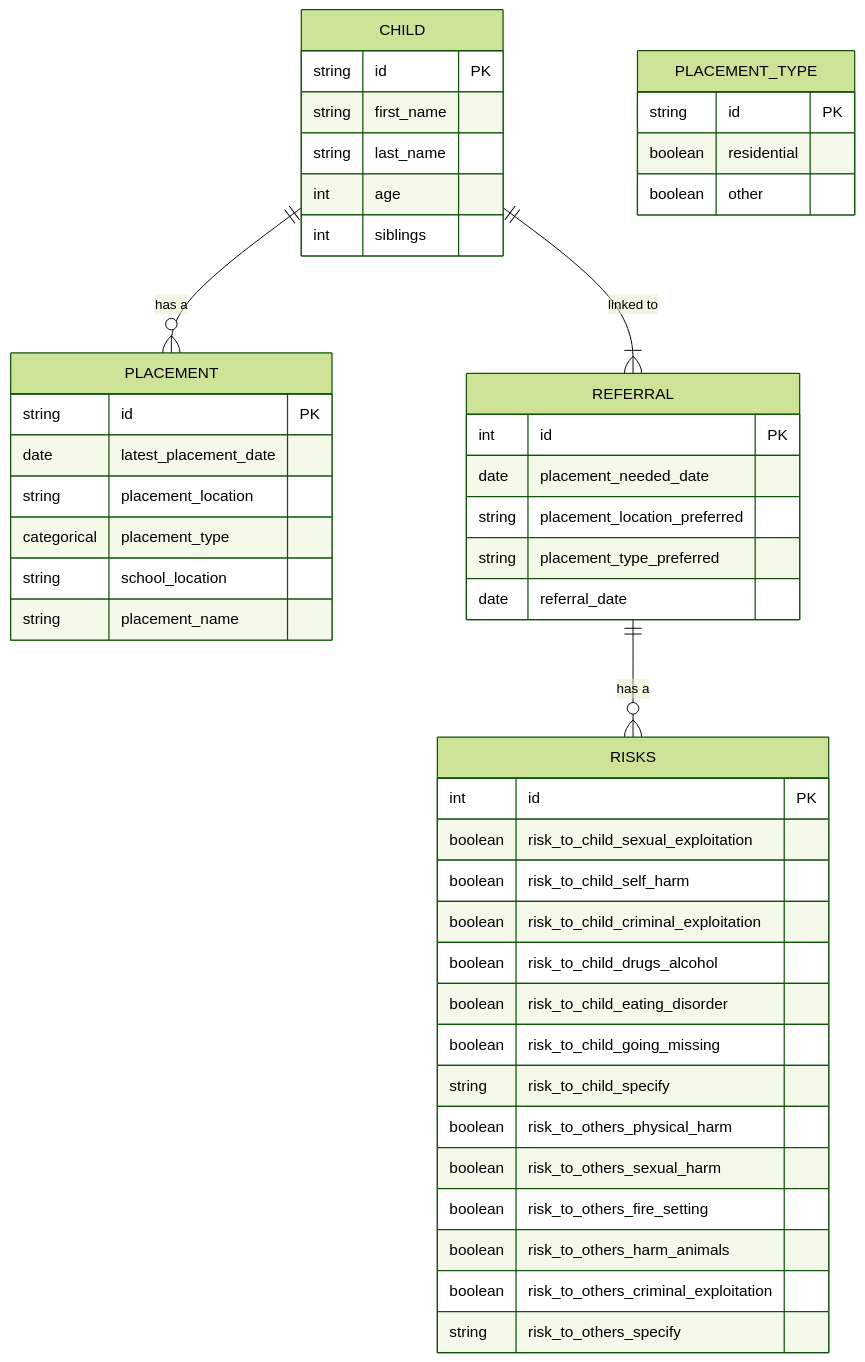
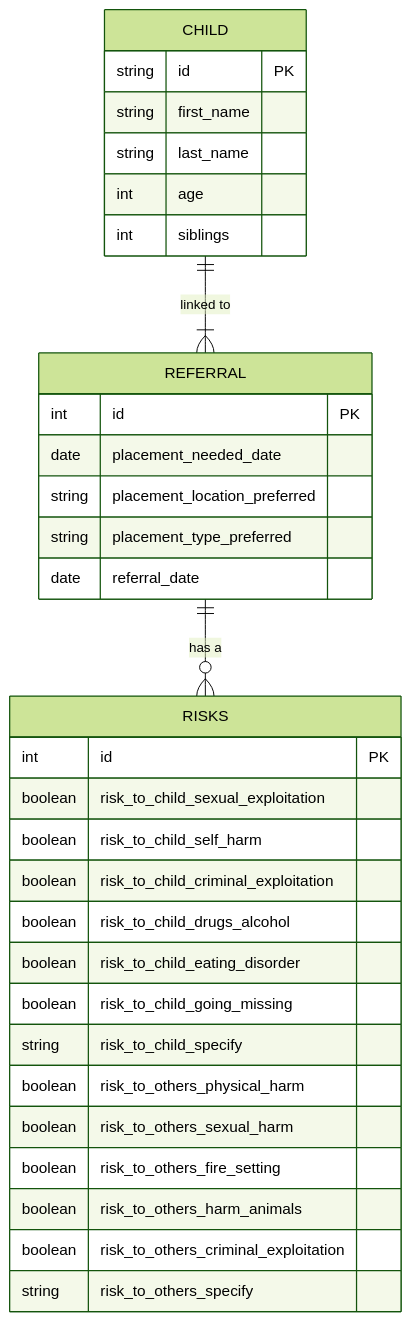
The diagram in placement_data_collection.md (SocialFinanceDigitalLabs/sw-sufficiency-model), drawn with Mermaid (forest theme) before and after one commit.

````diff
--- a/placement_data_collection.md
+++ b/placement_data_collection.md
@@ -3,49 +3,35 @@
 ```mermaid
 erDiagram
-    CHILD ||--o{ PLACEMENT : "has a"
     CHILD ||--|{ REFERRAL : "linked to"
     REFERRAL ||--o{ RISKS : "has a"
     CHILD {
         string id PK
         string first_name
         string last_name
         int age
         int siblings
-    }
-    PLACEMENT {
-        string id PK
-        date latest_placement_date
-        string placement_location
-        categorical placement_type
-        string school_location
-        string placement_name
-    }
-    PLACEMENT_TYPE {
-        string id PK
-        boolean residential
-        boolean other    
     }
     REFERRAL {
         int id PK
         date placement_needed_date
         string placement_location_preferred
         string placement_type_preferred
         date referral_date
     }
     RISKS {
         int id PK
         boolean risk_to_child_sexual_exploitation
         boolean risk_to_child_self_harm
         boolean risk_to_child_criminal_exploitation
         boolean risk_to_child_drugs_alcohol
         boolean risk_to_child_eating_disorder
         boolean risk_to_child_going_missing
         string risk_to_child_specify
         boolean risk_to_others_physical_harm
         boolean risk_to_others_sexual_harm
         boolean risk_to_others_fire_setting
         boolean risk_to_others_harm_animals
         boolean risk_to_others_criminal_exploitation
         string risk_to_others_specify
     }
 ```
````
